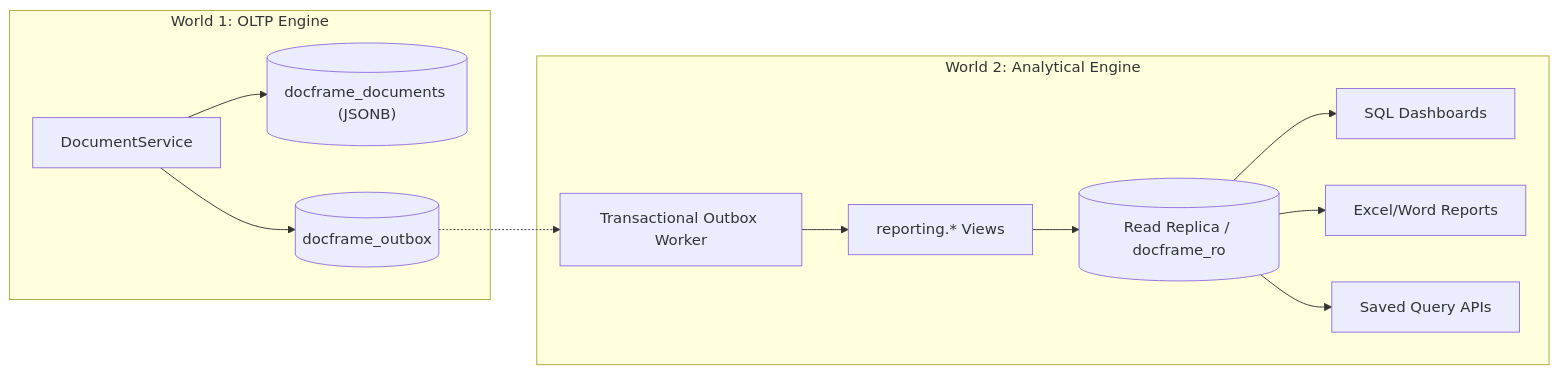
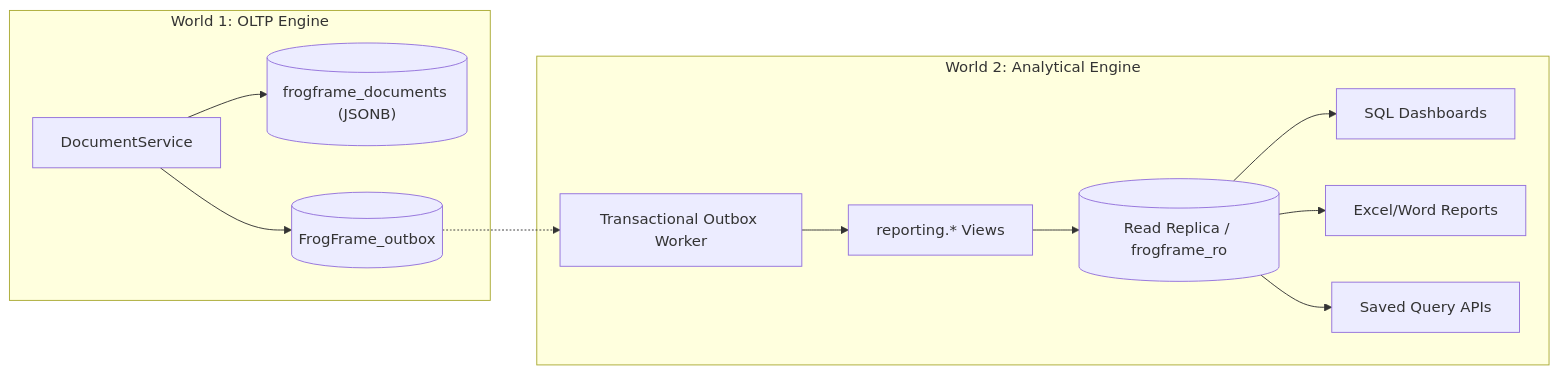
The diagram in docs/guides/analytics-engine.md (frogframework-admin/frogframe), drawn with Mermaid before and after one commit. The commit also changed other lines of this file and 146 other files, not shown here.

Commit message:
refactor: rename DocFrame to FrogFrame across solution, persistence, UI, and docs

````diff
--- a/docs/guides/analytics-engine.md
+++ b/docs/guides/analytics-engine.md
@@ -11,17 +11,17 @@
 ```mermaid
 flowchart LR
     subgraph World1 ["World 1: OLTP Engine"]
-        DocService["DocumentService"] --> DocDB[("docframe_documents (JSONB)")]
-        DocService --> Outbox[("docframe_outbox")]
+        DocService["DocumentService"] --> DocDB[("frogframe_documents (JSONB)")]
+        DocService --> Outbox[("FrogFrame_outbox")]
     end
 
     subgraph World2 ["World 2: Analytical Engine"]
         OutboxWorker["Transactional Outbox Worker"] --> AnalyticalViews["reporting.* Views"]
-        AnalyticalViews --> ReadReplica[("Read Replica / docframe_ro")]
+        AnalyticalViews --> ReadReplica[("Read Replica / frogframe_ro")]
         ReadReplica --> Dashboards["SQL Dashboards"]
         ReadReplica --> Reports["Excel/Word Reports"]
         ReadReplica --> QueryAPIs["Saved Query APIs"]
     end
 
     Outbox -.-> OutboxWorker
 ```
````
